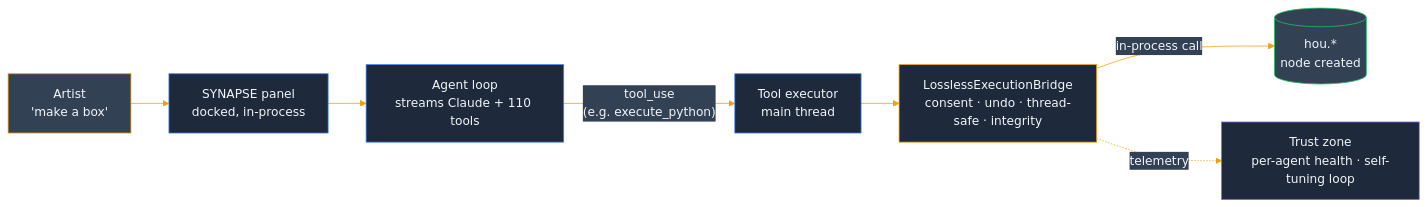
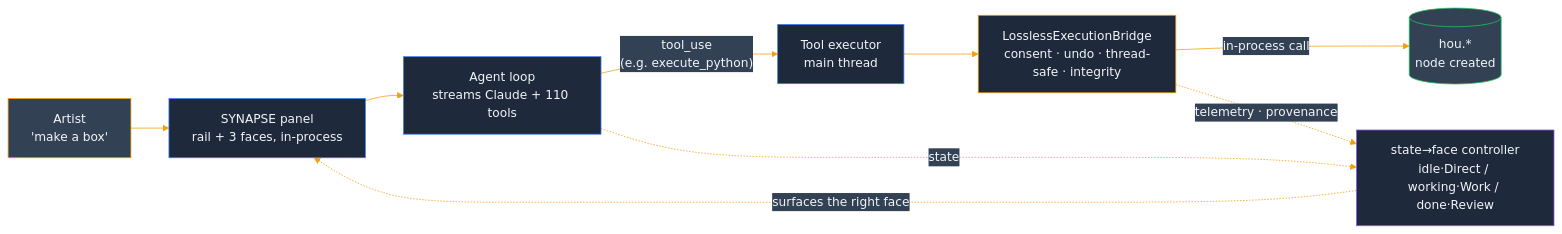
The first of 13 diagrams in README.md (JosephOIbrahim/Synapse), drawn with Mermaid before and after one commit. The commit also changed other lines of this file, not shown here.

First line of the commit message:
docs(readme): three-face panel + state→face controller (Pentagram pass)

````diff
--- a/README.md
+++ b/README.md
@@ -25,15 +25,17 @@
 ```mermaid
 %%{init: {'theme':'base', 'themeVariables': {'primaryColor':'#1e293b','primaryTextColor':'#f1f5f9','primaryBorderColor':'#0f172a','lineColor':'#f59e0b','secondaryColor':'#334155','tertiaryColor':'#475569'}}}%%
 flowchart LR
-    ART["Artist<br/>'make a box'"]:::artist --> PANEL["SYNAPSE panel<br/>docked, in-process"]:::panel
+    ART["Artist<br/>'make a box'"]:::artist --> PANEL["SYNAPSE panel<br/>rail + 3 faces, in-process"]:::panel
     PANEL --> LOOP["Agent loop<br/>streams Claude + 110 tools"]:::panel
     LOOP -->|"tool_use<br/>(e.g. execute_python)"| EXEC["Tool executor<br/>main thread"]:::panel
     EXEC --> BR["LosslessExecutionBridge<br/>consent &middot; undo &middot; thread-safe &middot; integrity"]:::bridge
     BR -->|in-process call| HOU[("hou.*<br/>node created")]:::hou
-    BR -.->|telemetry| OBS["Trust zone<br/>per-agent health &middot; self-tuning loop"]:::obs
+    LOOP -.->|state| FACE["state&rarr;face controller<br/>idle&middot;Direct / working&middot;Work / done&middot;Review"]:::obs
+    BR -.->|telemetry &middot; provenance| FACE
+    FACE -.->|surfaces the right face| PANEL
     classDef artist fill:#334155,stroke:#f59e0b,color:#f1f5f9
     classDef panel fill:#1e293b,stroke:#3b82f6,color:#f1f5f9
     classDef bridge fill:#1e293b,stroke:#f59e0b,color:#f1f5f9
     classDef hou fill:#334155,stroke:#22c55e,color:#f1f5f9
     classDef obs fill:#1e293b,stroke:#8b5cf6,color:#f1f5f9
 ```
````
